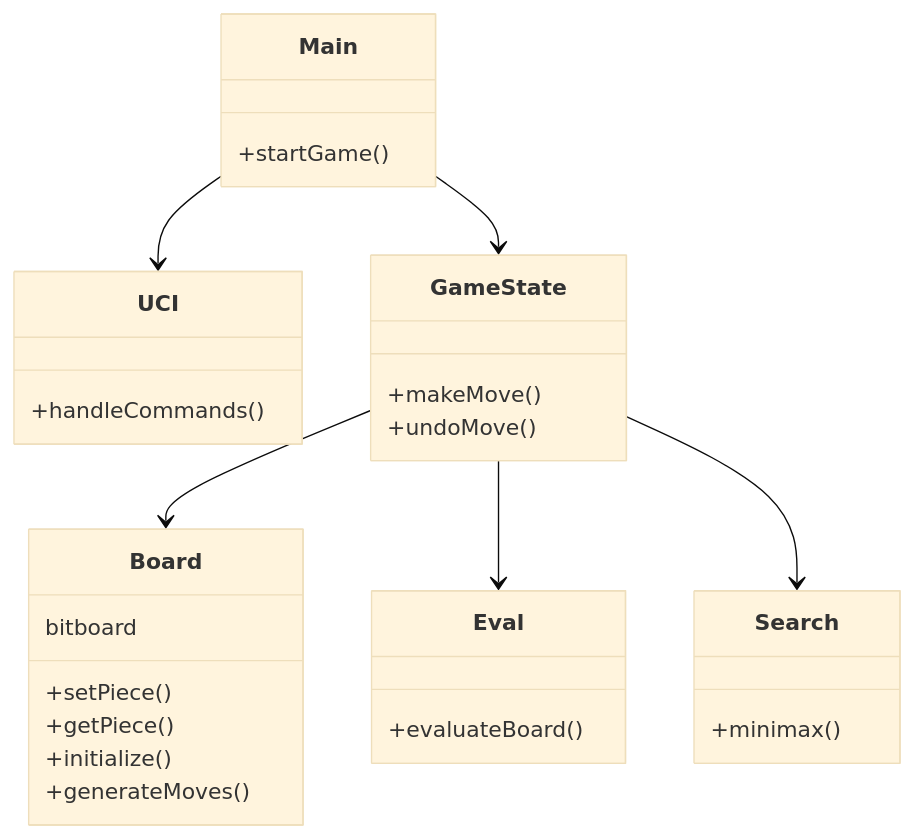
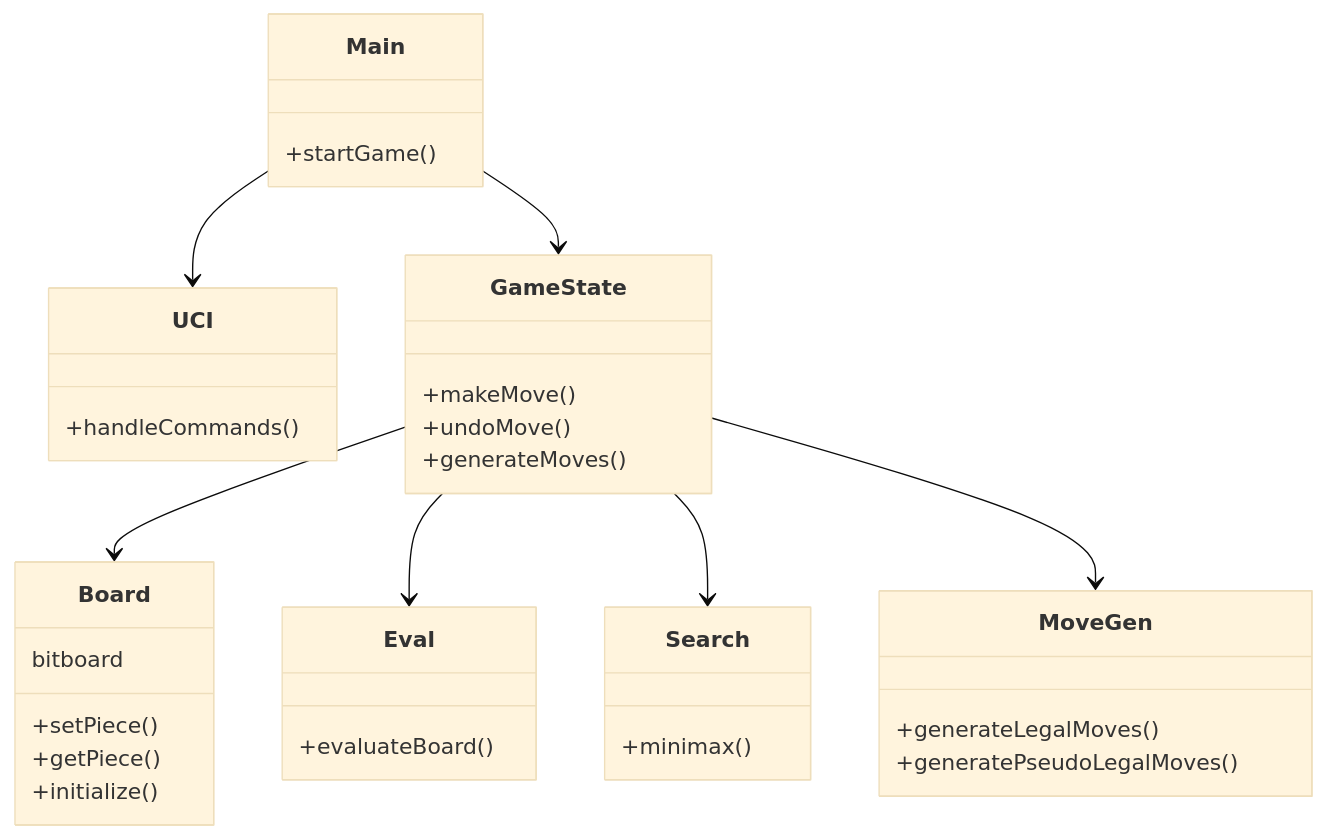
The diagram in README.md (codestutis/Chesstutis), drawn with Mermaid (base theme) before and after one commit. The commit also changed 13 other files, not shown here.

````diff
--- a/README.md
+++ b/README.md
@@ -10,36 +10,42 @@
 ```mermaid
 classDiagram
     class Board {
         bitboard
         +setPiece()
         +getPiece()
         +initialize()
-        +generateMoves()
     }
 
     class Eval {
         +evaluateBoard()
     }
 
     class Search {
         +minimax()
     }
 
     class UCI {
         +handleCommands()
     }
     class Main {
         +startGame()
     }
 
     class GameState {
         +makeMove()
         +undoMove()
+        +generateMoves()
+    }
+
+    class MoveGen {
+        +generateLegalMoves()
+        +generatePseudoLegalMoves()
     }
 
     GameState --> Board
     GameState --> Eval
     GameState --> Search
     Main --> GameState
     Main --> UCI
+    GameState --> MoveGen
 ```
````
